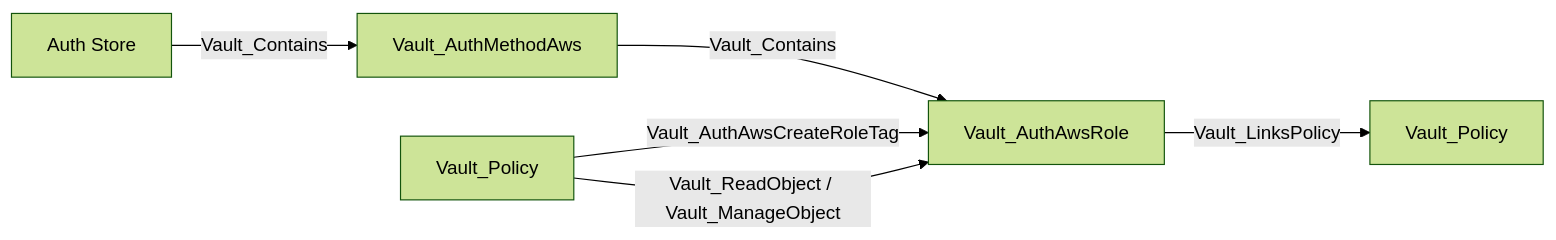
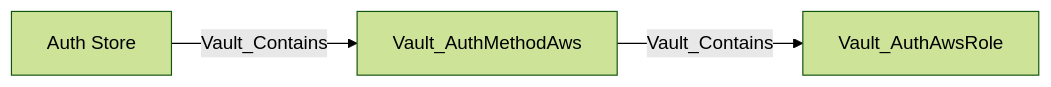
Before and after one commit to bytewreck/opengraph-vault: the eighth of 39 diagrams in Documentation/stores/AUTH.md, drawn with Mermaid (forest theme). The commit also changed other lines of this file and 3 other files, not shown here.

````diff
--- a/Documentation/stores/AUTH.md
+++ b/Documentation/stores/AUTH.md
@@ -161,8 +153,5 @@
 ```mermaid
 flowchart LR
     store[Auth Store] -->|Vault_Contains| method[Vault_AuthMethodAws]
     method -->|Vault_Contains| role[Vault_AuthAwsRole]
-    admin[Vault_Policy] -->|Vault_AuthAwsCreateRoleTag| role
-    admin -->|Vault_ReadObject / Vault_ManageObject| role
-    role -->|Vault_LinksPolicy| granted[Vault_Policy]
 ```
````
